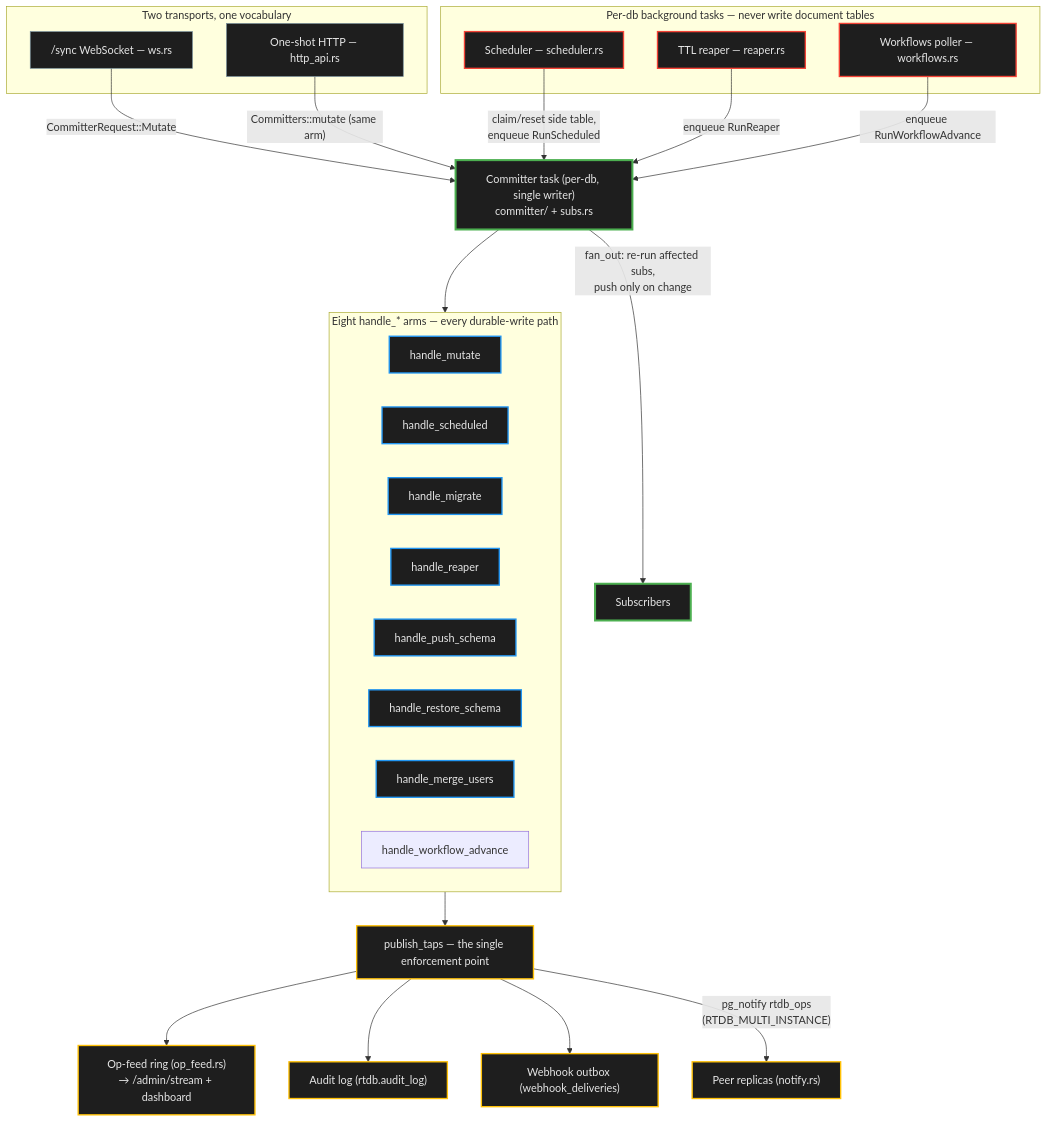
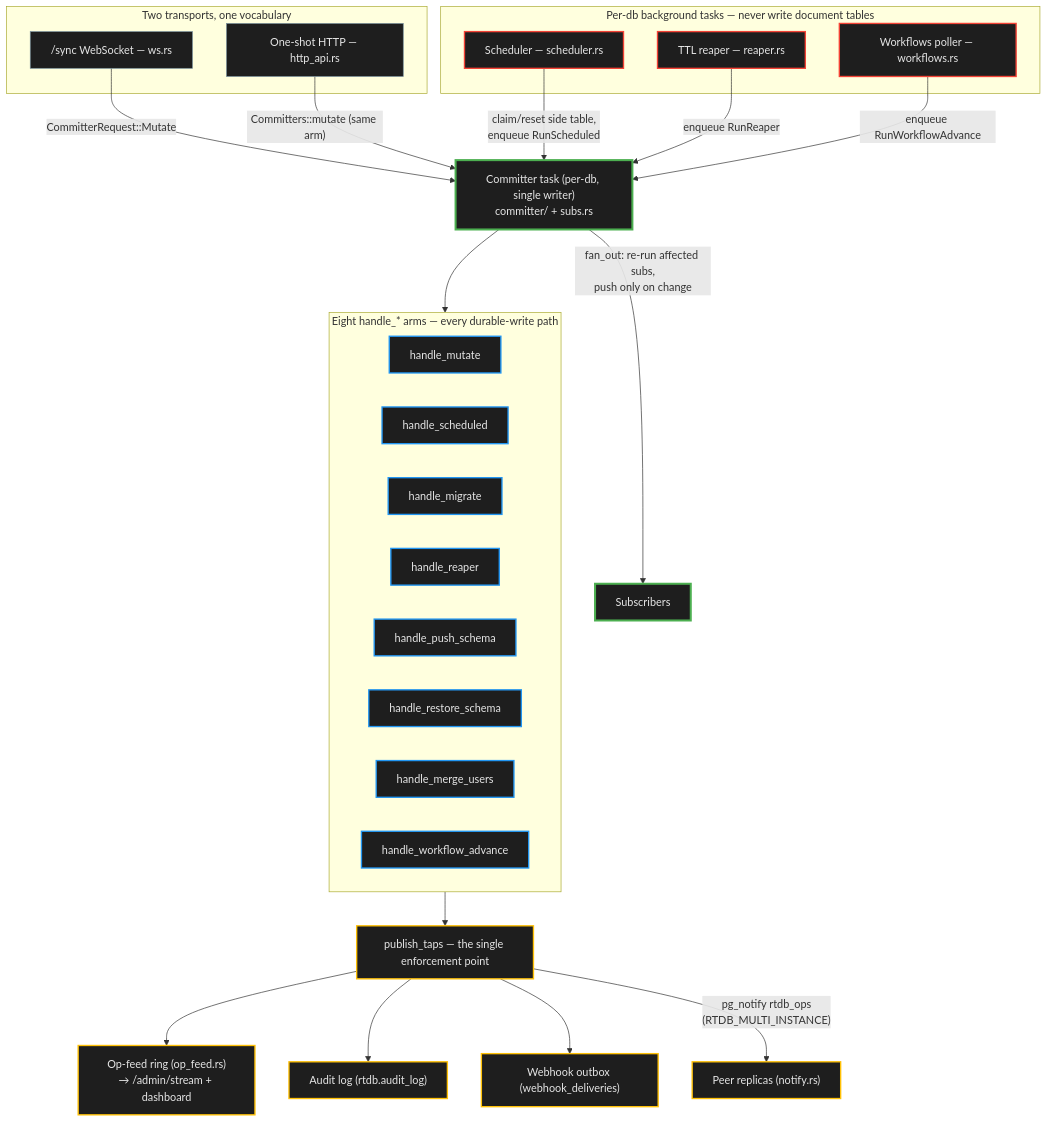
Before and after one commit to paulrobello/par-rt-db: the second of 4 diagrams in docs/ARCHITECTURE.md, drawn with Mermaid. The commit also changed other lines of this file and 7 other files, not shown here.

````diff
--- a/docs/ARCHITECTURE.md
+++ b/docs/ARCHITECTURE.md
@@ -109,55 +109,55 @@
 ```mermaid
 graph TD
     subgraph transports["Two transports, one vocabulary"]
         WS["/sync WebSocket — ws.rs"]
         HTTP["One-shot HTTP — http_api.rs"]
     end
 
     CO["Committer task (per-db, single writer)<br />committer/ + subs.rs"]
 
     WS -->|"CommitterRequest::Mutate"| CO
     HTTP -->|"Committers::mutate (same arm)"| CO
 
     subgraph arms["Eight handle_* arms — every durable-write path"]
         A1["handle_mutate"]
         A2["handle_scheduled"]
         A3["handle_migrate"]
         A4["handle_reaper"]
         A5["handle_push_schema"]
         A6["handle_restore_schema"]
         A7["handle_merge_users"]
         A8["handle_workflow_advance"]
     end
 
     CO --> arms
     PT["publish_taps — the single enforcement point"]
     arms --> PT
 
     PT --> OP["Op-feed ring (op_feed.rs)<br />→ /admin/stream + dashboard"]
     PT --> AU["Audit log (rtdb.audit_log)"]
     PT --> WH["Webhook outbox (webhook_deliveries)"]
     PT -->|"pg_notify rtdb_ops<br />(RTDB_MULTI_INSTANCE)"| NT["Peer replicas (notify.rs)"]
 
     CO -->|"fan_out: re-run affected subs,<br />push only on change"| SUBS["Subscribers"]
 
     subgraph tasks["Per-db background tasks — never write document tables"]
         SC["Scheduler — scheduler.rs"]
         RE["TTL reaper — reaper.rs"]
         WF["Workflows poller — workflows.rs"]
     end
 
     SC -->|"claim/reset side table,<br />enqueue RunScheduled"| CO
     RE -->|"enqueue RunReaper"| CO
     WF -->|"enqueue RunWorkflowAdvance"| CO
 
     classDef core fill:#1E1E1E,stroke:#4CAF50,stroke-width:3px,color:#E6E6E6
     classDef arm fill:#1E1E1E,stroke:#2196F3,stroke-width:2px,color:#E6E6E6
     classDef tap fill:#1E1E1E,stroke:#FFC107,stroke-width:2px,color:#E6E6E6
     classDef task fill:#1E1E1E,stroke:#F44336,stroke-width:2px,color:#E6E6E6
     classDef plain fill:#1E1E1E,stroke:#78909c,stroke-width:1px,color:#E6E6E6
     class CO,SUBS core
-    class A1,A2,A3,A4,A5,A6,A7 arm
+    class A1,A2,A3,A4,A5,A6,A7,A8 arm
     class PT,OP,AU,WH,NT tap
     class SC,RE,WF task
     class WS,HTTP plain
 ```
````
